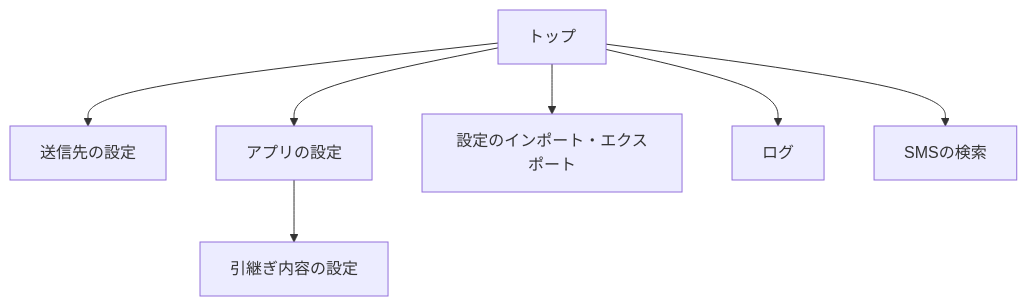
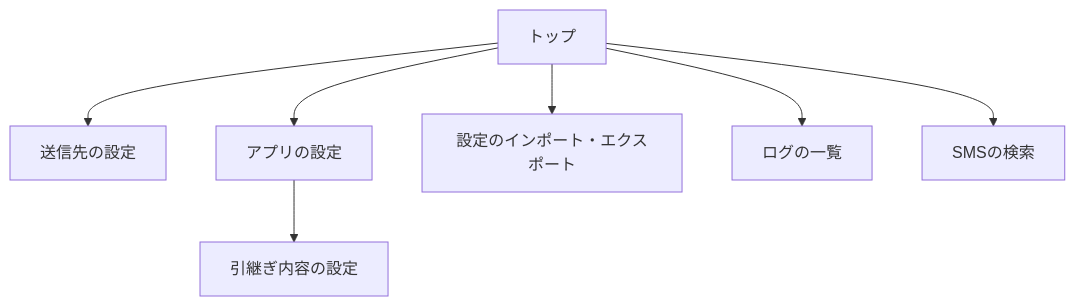
One commit to nishida2073/project_management changed the diagram in tool/smstokintone/doc/02_設計/画面設計.md. Above: the diagram before and after it, drawn with Mermaid. The commit also changed other lines of this file and 5 other files, not shown here.

````diff
--- a/tool/smstokintone/doc/02_設計/画面設計.md
+++ b/tool/smstokintone/doc/02_設計/画面設計.md
@@ -24,9 +24,9 @@
 ```mermaid
 flowchart TD
   T[トップ] --> SS[送信先の設定]
   T --> AS[アプリの設定]
   T --> IE[設定のインポート・エクスポート]
-  T --> LG[ログ]
+  T --> LG[ログの一覧]
   T --> SR[SMSの検索]
   AS --> CI[引継ぎ内容の設定]
 ```
````
